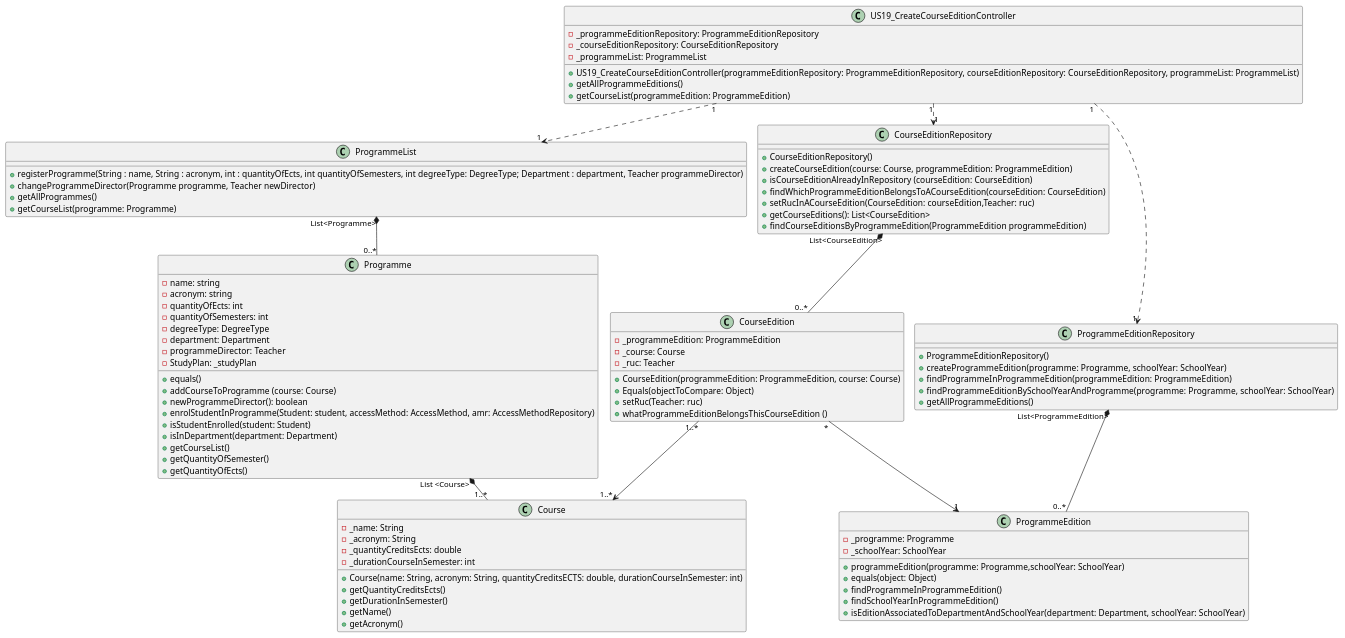
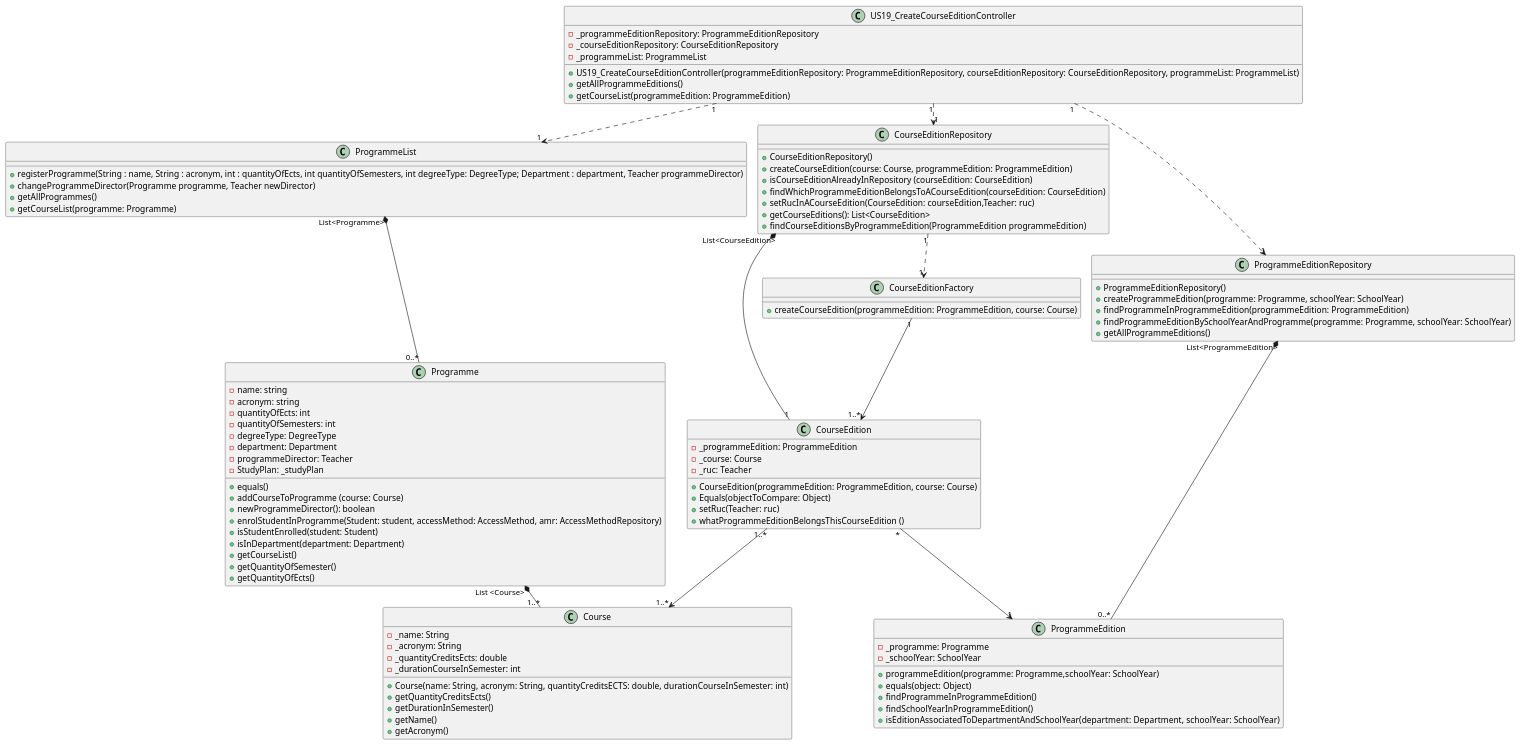
One commit to GasparISEP/DevOps-PAI changed the diagram in docs/US19/US19_CreateCourseEdition_ClassDiagram.puml. Above: the diagram before and after it, drawn with PlantUML. The commit also changed 1 other file, not shown here.

Commit message:
doc(sequenceDiagrams)update to us19 diagrams to comply with the addition of CourseEditionFactory

```diff
--- a/docs/US19/US19_CreateCourseEdition_ClassDiagram.puml
+++ b/docs/US19/US19_CreateCourseEdition_ClassDiagram.puml
@@ -1,105 +1,112 @@
 @startuml
 !pragma layout smetana
 'left to right direction'
 
 class US19_CreateCourseEditionController {
     -_programmeEditionRepository: ProgrammeEditionRepository
     -_courseEditionRepository: CourseEditionRepository
     -_programmeList: ProgrammeList
     +US19_CreateCourseEditionController(programmeEditionRepository: ProgrammeEditionRepository, courseEditionRepository: CourseEditionRepository, programmeList: ProgrammeList)
     +getAllProgrammeEditions()
     +getCourseList(programmeEdition: ProgrammeEdition)
 }
 
 class ProgrammeList {
      +registerProgramme(String : name, String : acronym, int : quantityOfEcts, int quantityOfSemesters, int degreeType: DegreeType; Department : department, Teacher programmeDirector)
      +changeProgrammeDirector(Programme programme, Teacher newDirector)
      +getAllProgrammes()
      +getCourseList(programme: Programme)
 }
 
 class Programme {
      - name: string
      - acronym: string
      - quantityOfEcts: int
      - quantityOfSemesters: int
      - degreeType: DegreeType
      - department: Department
      - programmeDirector: Teacher
      -StudyPlan: _studyPlan
 
      + equals()
      + addCourseToProgramme (course: Course)
      + newProgrammeDirector(): boolean
      +enrolStudentInProgramme(Student: student, accessMethod: AccessMethod, amr: AccessMethodRepository)
      +isStudentEnrolled(student: Student)
      +isInDepartment(department: Department)
      +getCourseList()
      +getQuantityOfSemester()
      +getQuantityOfEcts()
 }
 
 class ProgrammeEdition {
     -_programme: Programme
     -_schoolYear: SchoolYear
     +programmeEdition(programme: Programme,schoolYear: SchoolYear)
     +equals(object: Object)
     +findProgrammeInProgrammeEdition()
     +findSchoolYearInProgrammeEdition()
     +isEditionAssociatedToDepartmentAndSchoolYear(department: Department, schoolYear: SchoolYear)
 }
 
 class Course {
     -_name: String
     -_acronym: String
     -_quantityCreditsEcts: double
     -_durationCourseInSemester: int
     +Course(name: String, acronym: String, quantityCreditsECTS: double, durationCourseInSemester: int)
     +getQuantityCreditsEcts()
     +getDurationInSemester()
     +getName()
     +getAcronym()
 }
 
 class CourseEdition {
     -_programmeEdition: ProgrammeEdition
     -_course: Course
     -_ruc: Teacher
     +CourseEdition(programmeEdition: ProgrammeEdition, course: Course)
     +Equals(objectToCompare: Object)
     +setRuc(Teacher: ruc)
     +whatProgrammeEditionBelongsThisCourseEdition ()
 }
 
+class CourseEditionFactory {
+    +createCourseEdition(programmeEdition: ProgrammeEdition, course: Course)
+}
+
+
 class CourseEditionRepository {
     +CourseEditionRepository()
     +createCourseEdition(course: Course, programmeEdition: ProgrammeEdition)
     +isCourseEditionAlreadyInRepository (courseEdition: CourseEdition)
     +findWhichProgrammeEditionBelongsToACourseEdition(courseEdition: CourseEdition)
     +setRucInACourseEdition(CourseEdition: courseEdition,Teacher: ruc)
     +getCourseEditions(): List<CourseEdition>
     +findCourseEditionsByProgrammeEdition(ProgrammeEdition programmeEdition)
 }
 
 class ProgrammeEditionRepository {
     +ProgrammeEditionRepository()
     +createProgrammeEdition(programme: Programme, schoolYear: SchoolYear)
     +findProgrammeInProgrammeEdition(programmeEdition: ProgrammeEdition)
     +findProgrammeEditionBySchoolYearAndProgramme(programme: Programme, schoolYear: SchoolYear)
     +getAllProgrammeEditions()
 }
 
 US19_CreateCourseEditionController "1" ..> "1" ProgrammeEditionRepository
 US19_CreateCourseEditionController "1" ..> "1" CourseEditionRepository
 US19_CreateCourseEditionController "1" ..> "1" ProgrammeList
-CourseEditionRepository "List<CourseEdition>" *-- "0..*" CourseEdition
+CourseEditionRepository "1" ..> "1" CourseEditionFactory
+CourseEditionRepository "List<CourseEdition>" *-- "1" CourseEdition
 ProgrammeEditionRepository "List<ProgrammeEdition>" *-- "0..*" ProgrammeEdition
 ProgrammeList "List<Programme>" *-- "0..*" Programme
 Programme "List <Course>" *-- "1..*" Course
 CourseEdition "*" --> "1" ProgrammeEdition
 CourseEdition "1..*" --> "1..*" Course
+CourseEditionFactory "1" --> "1..*" CourseEdition
 
 
 
 
 @enduml
```
